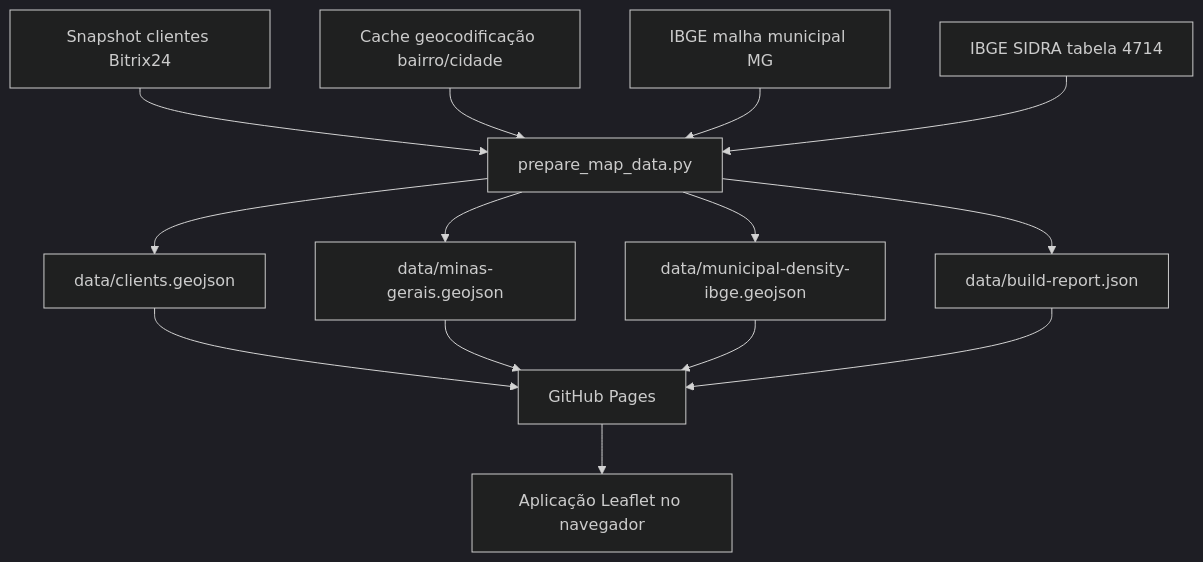
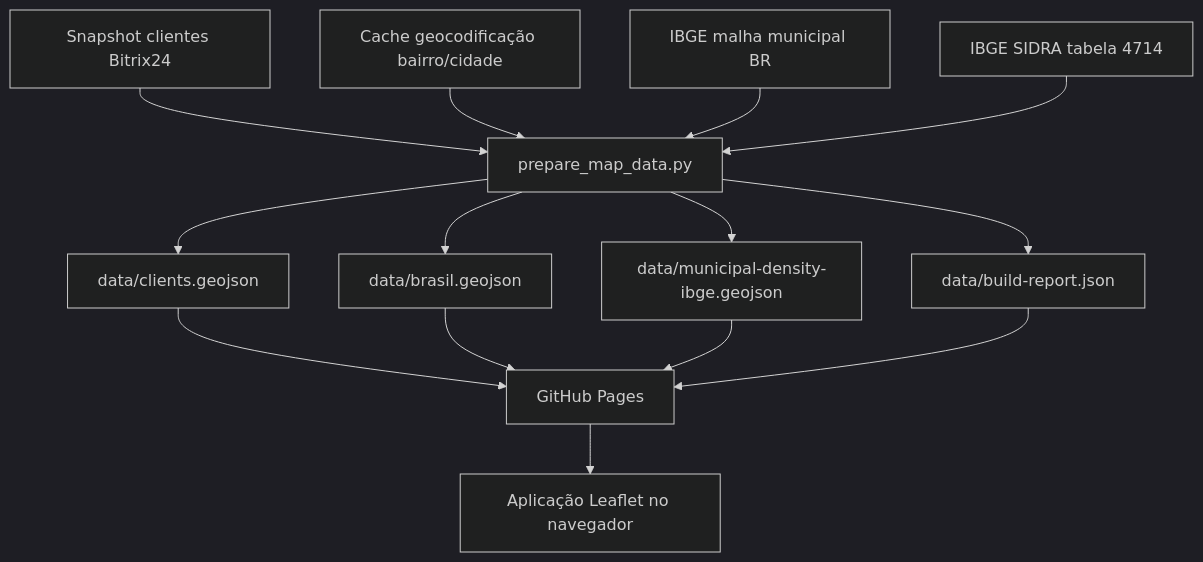
Before and after one commit to tarikdsm/mapa_Allcanci_MG: the diagram in docs/ARQUITETURA.md, drawn with Mermaid (dark theme). The commit also changed other lines of this file and 13 other files, not shown here.

````diff
--- a/docs/ARQUITETURA.md
+++ b/docs/ARQUITETURA.md
@@ -71,16 +71,16 @@
 ```mermaid
 flowchart TD
     A["Snapshot clientes Bitrix24"] --> B["prepare_map_data.py"]
     C["Cache geocodificação bairro/cidade"] --> B
-    D["IBGE malha municipal MG"] --> B
+    D["IBGE malha municipal BR"] --> B
     E["IBGE SIDRA tabela 4714"] --> B
     B --> F["data/clients.geojson"]
-    B --> G["data/minas-gerais.geojson"]
+    B --> G["data/brasil.geojson"]
     B --> H["data/municipal-density-ibge.geojson"]
     B --> I["data/build-report.json"]
     F --> J["GitHub Pages"]
     G --> J
     H --> J
     I --> J
     J --> K["Aplicação Leaflet no navegador"]
 ```
````
